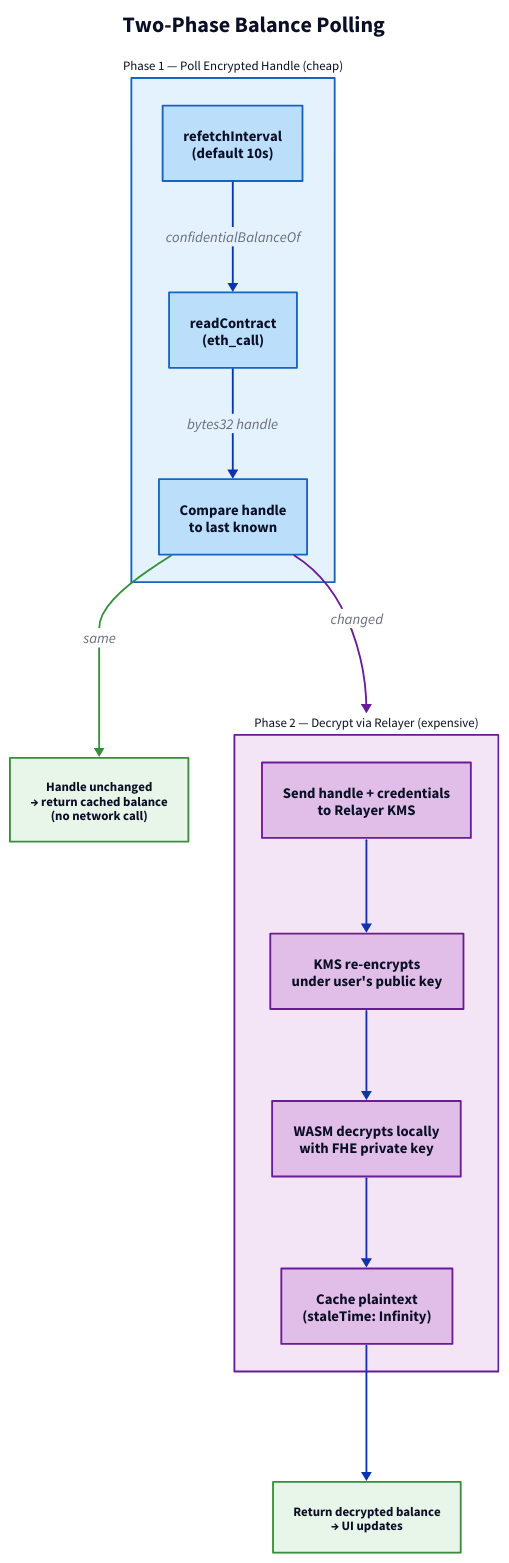
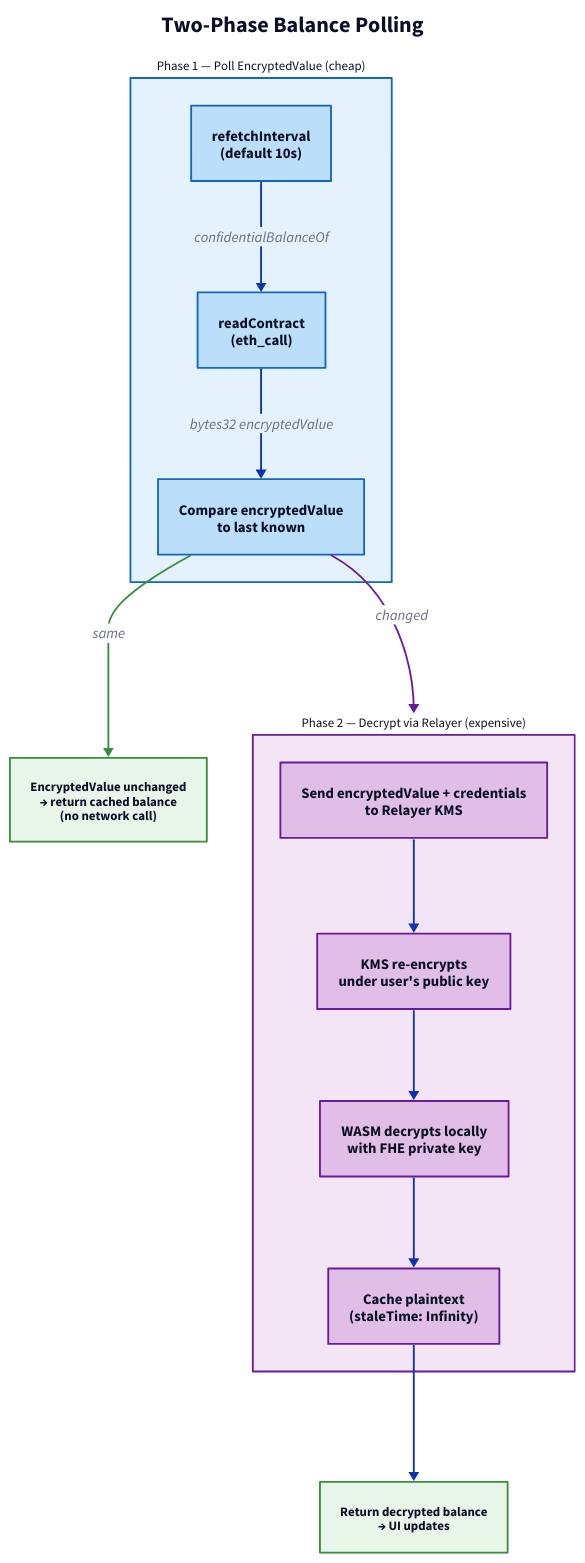
The diagram in docs/diagrams/two-phase-polling.d2 (zama-ai/sdk), drawn with D2 before and after one commit. The commit also changed 102 other files, not shown here.

```diff
--- a/docs/diagrams/two-phase-polling.d2
+++ b/docs/diagrams/two-phase-polling.d2
@@ -1,83 +1,83 @@
 direction: down
 
 title: {
   label: "Two-Phase Balance Polling"
   near: top-center
   shape: text
   style.font-size: 24
   style.bold: true
 }
 
 # --- Phase 1 ---
-phase1: "Phase 1 — Poll Encrypted Handle (cheap)" {
+phase1: "Phase 1 — Poll EncryptedValue (cheap)" {
   style.fill: "#E3F2FD"
   style.stroke: "#1565C0"
   style.font-size: 14
 
   timer: "refetchInterval\n(default 10s)" {
     style.fill: "#BBDEFB"
     style.stroke: "#1565C0"
   }
   rpc: "readContract\n(eth_call)" {
     style.fill: "#BBDEFB"
     style.stroke: "#1565C0"
   }
-  compare: "Compare handle\nto last known" {
+  compare: "Compare encryptedValue\nto last known" {
     style.fill: "#BBDEFB"
     style.stroke: "#1565C0"
   }
 
   timer -> rpc: "confidentialBalanceOf"
-  rpc -> compare: "bytes32 handle"
+  rpc -> compare: "bytes32 encryptedValue"
 }
 
 # --- Decision ---
-same: "Handle unchanged\n→ return cached balance\n(no network call)" {
+same: "EncryptedValue unchanged\n→ return cached balance\n(no network call)" {
   style.fill: "#E8F5E9"
   style.stroke: "#388E3C"
   style.font-size: 14
 }
 
 # --- Phase 2 ---
 phase2: "Phase 2 — Decrypt via Relayer (expensive)" {
   style.fill: "#F3E5F5"
   style.stroke: "#6A1B9A"
   style.font-size: 14
 
-  send: "Send handle + credentials\nto Relayer KMS" {
+  send: "Send encryptedValue + credentials\nto Relayer KMS" {
     style.fill: "#E1BEE7"
     style.stroke: "#6A1B9A"
   }
   reencrypt: "KMS re-encrypts\nunder user's public key" {
     style.fill: "#E1BEE7"
     style.stroke: "#6A1B9A"
   }
   decrypt: "WASM decrypts locally\nwith FHE private key" {
     style.fill: "#E1BEE7"
     style.stroke: "#6A1B9A"
   }
   cache: "Cache plaintext\n(staleTime: Infinity)" {
     style.fill: "#E1BEE7"
     style.stroke: "#6A1B9A"
   }
 
   send -> reencrypt
   reencrypt -> decrypt
   decrypt -> cache
 }
 
 result: "Return decrypted balance\n→ UI updates" {
   style.fill: "#E8F5E9"
   style.stroke: "#388E3C"
   style.font-size: 14
   style.bold: true
 }
 
 # --- Connections ---
 phase1.compare -> same: "same" {
   style.stroke: "#388E3C"
 }
 phase1.compare -> phase2: "changed" {
   style.stroke: "#6A1B9A"
 }
 phase2.cache -> result
```
